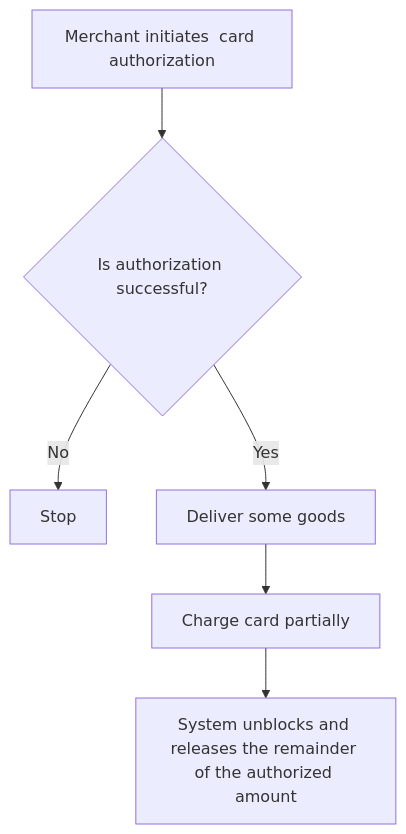
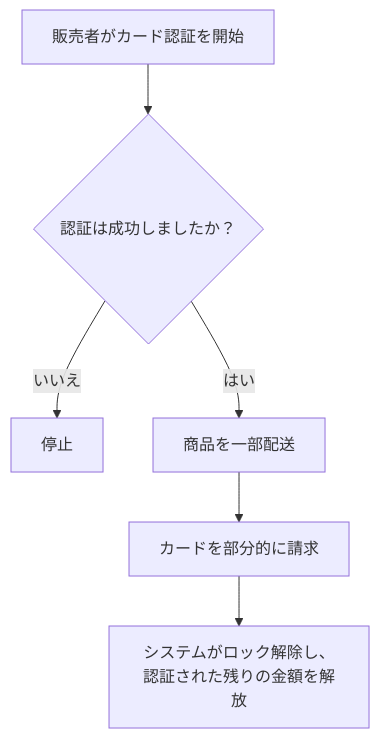
One commit to Moeenahamd/moeenahamd.github.io changed the second of 2 diagrams in i18n/ja/docusaurus-plugin-content-docs/current/guides/capture.mdx. Above: the diagram before and after it, drawn with Mermaid. The commit also changed 13 other files, not shown here.

````diff
--- a/i18n/ja/docusaurus-plugin-content-docs/current/guides/capture.mdx
+++ b/i18n/ja/docusaurus-plugin-content-docs/current/guides/capture.mdx
@@ -113,8 +113,9 @@
 ```mermaid
 flowchart TD
-  A[Merchant initiates  card authorization] --> B{Is authorization successful?}
-  B -- No --> C[Stop]
-  B -- Yes --> D[Deliver some goods]
-  D --> E[Charge card partially]
-  E --> F[System unblocks and releases the remainder of the authorized amount]
+  A[販売者がカード認証を開始] --> B{認証は成功しましたか？}
+  B -- いいえ --> C[停止]
+  B -- はい --> D[商品を一部配送]
+  D --> E[カードを部分的に請求]
+  E --> F[システムがロック解除し、認証された残りの金額を解放]
+
 ```
````
